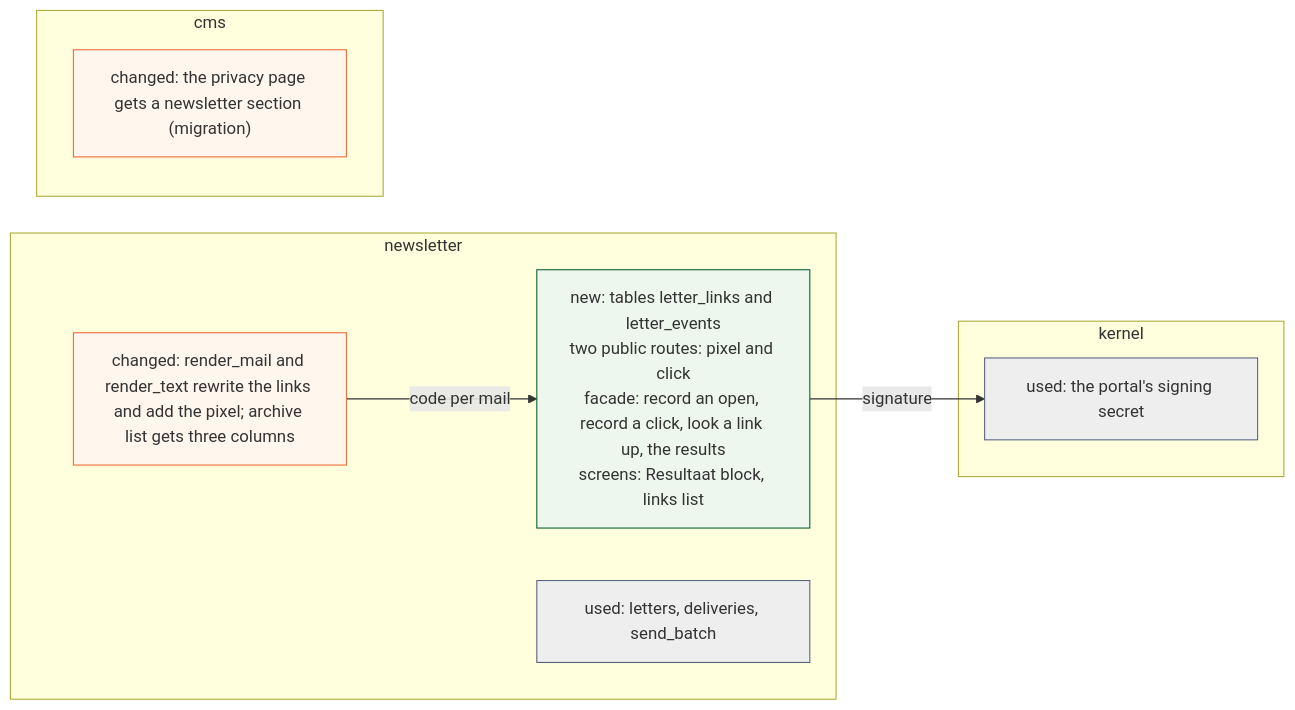
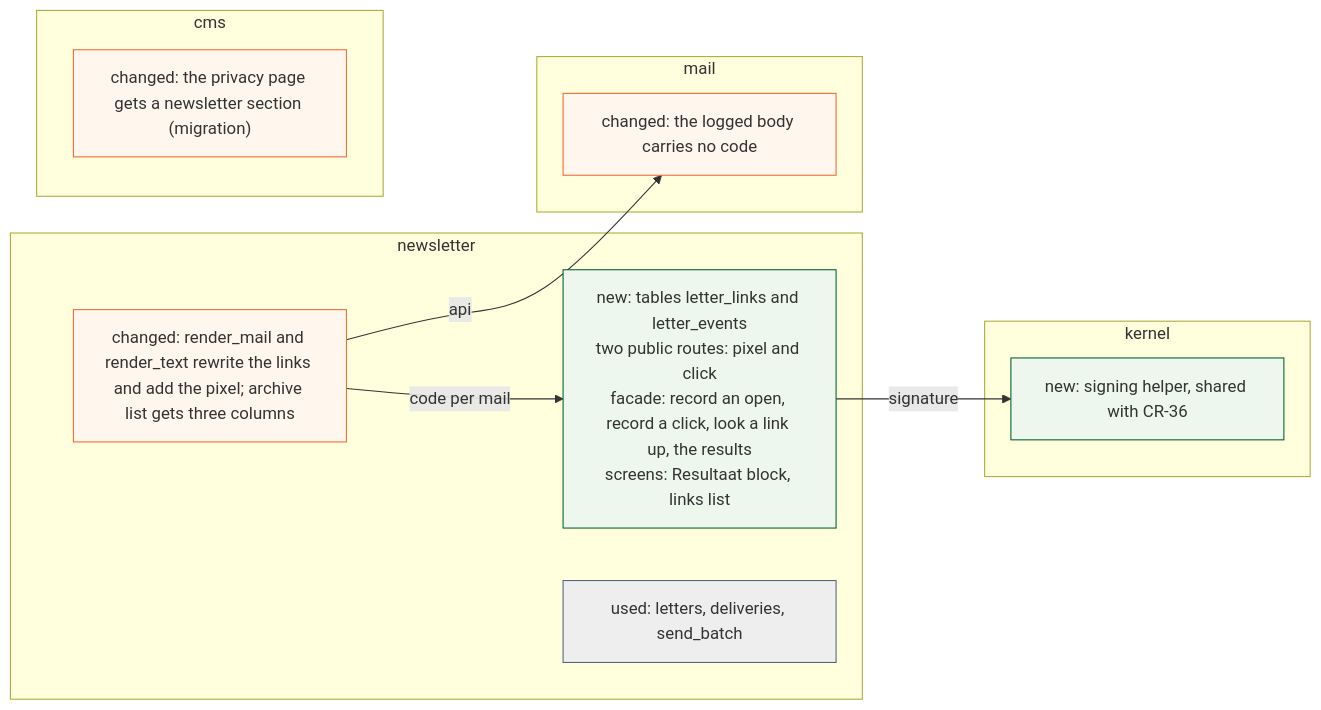
The fourth of 5 diagrams in docs/change_request_37_newsletter_opens_and_clicks.md (KoenRenders/KoenTest), drawn with Mermaid before and after one commit. The commit also changed other lines of this file, not shown here.

First line of the commit message:
docs(cr-37): the architecture review taken in — the e-mail log carries no code, a null-safe unique key, one signing helper in kernel, idempotent rewrite, order with CR-17, CR-33 entries

````diff
--- a/docs/change_request_37_newsletter_opens_and_clicks.md
+++ b/docs/change_request_37_newsletter_opens_and_clicks.md
@@ -213,19 +213,23 @@
 ```mermaid
 flowchart LR
   subgraph NL["newsletter"]
     nn["new: tables letter_links and letter_events<br/>two public routes: pixel and click<br/>facade: record an open, record a click, look a link up, the results<br/>screens: Resultaat block, links list"]:::new
     nc["changed: render_mail and render_text rewrite the links and add the pixel; archive list gets three columns"]:::chg
     nu["used: letters, deliveries, send_batch"]:::use
   end
   subgraph CMS["cms"]
     cc["changed: the privacy page gets a newsletter section (migration)"]:::chg
   end
+  subgraph MAIL["mail"]
+    mg["changed: the logged body carries no code"]:::chg
+  end
   subgraph KER["kernel"]
-    ku["used: the portal's signing secret"]:::use
+    ku["new: signing helper, shared with CR-36"]:::new
   end
   nc -->|code per mail| nn
   nn -->|signature| ku
+  nc -->|api| mg
   classDef new fill:#eef7ee,stroke:#005d29
   classDef chg fill:#fff7ed,stroke:#f16532
   classDef use fill:#eeeeee,stroke:#52607a
 ```
````
